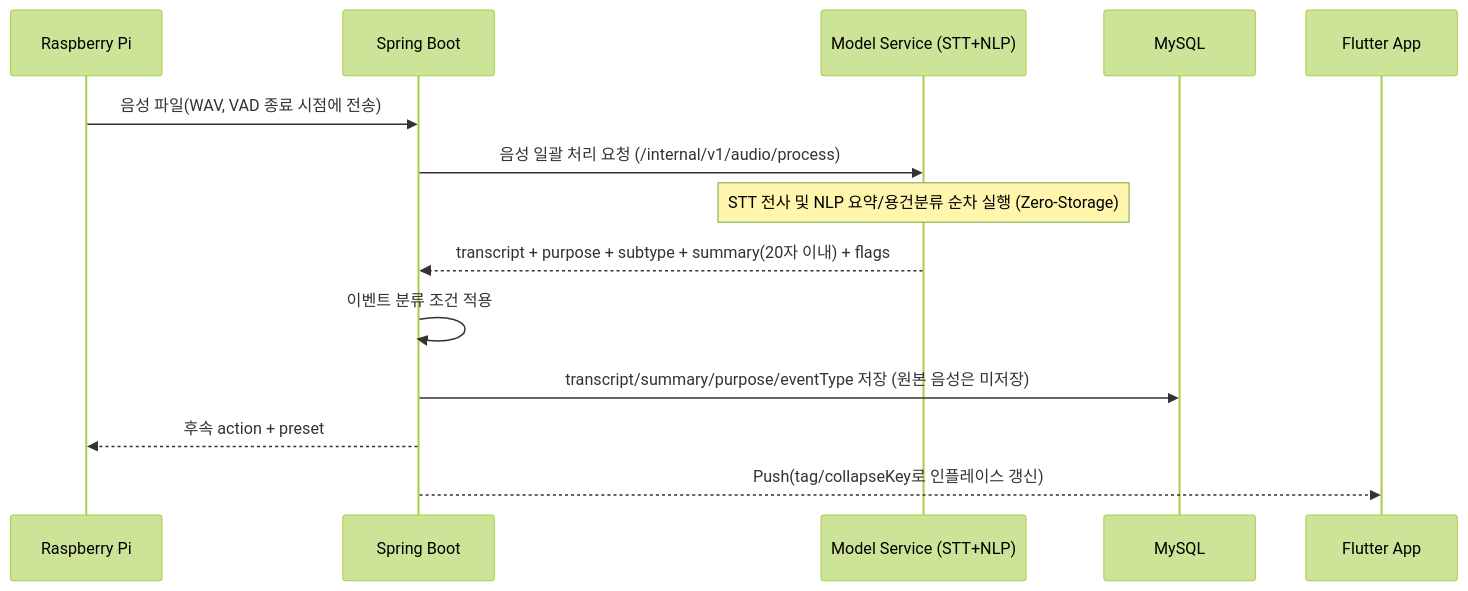
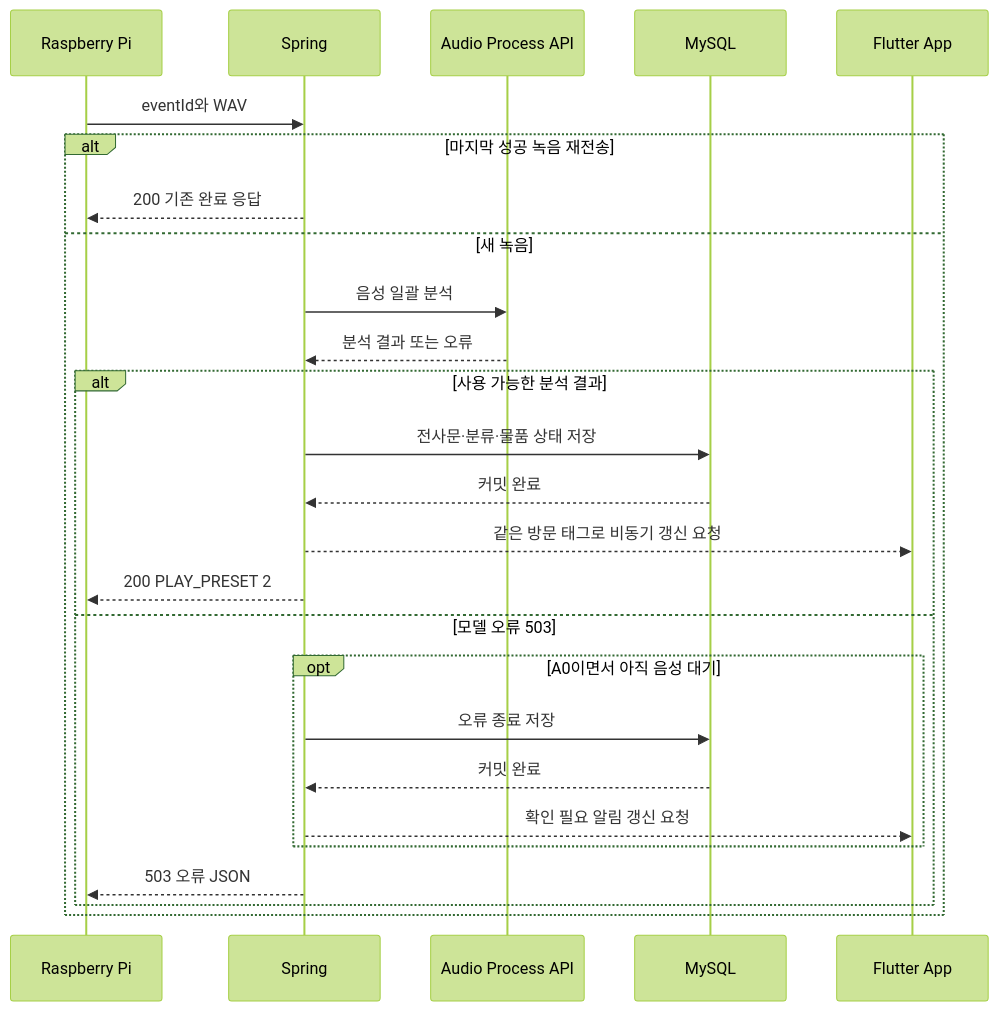
The second of 2 diagrams in API_v1_5.md (centreject/DataCat), drawn with Mermaid (forest theme) before and after one commit. The commit also changed other lines of this file and 29 other files, not shown here.

````diff
--- a/API_v1_5.md
+++ b/API_v1_5.md
@@ -1162,17 +1271,28 @@
 ```mermaid
 sequenceDiagram
     participant Pi as Raspberry Pi
-    participant Spring as Spring Boot
-    participant Model as Model Service (STT+NLP)
+    participant Spring as Spring
+    participant Model as Audio Process API
     participant DB as MySQL
     participant App as Flutter App
-
-    Pi->>Spring: 음성 파일(WAV, VAD 종료 시점에 전송)
-    Spring->>Model: 음성 일괄 처리 요청 (/internal/v1/audio/process)
-    Note over Model: STT 전사 및 NLP 요약/용건분류 순차 실행 (Zero-Storage)
-    Model-->>Spring: transcript + purpose + subtype + summary(20자 이내) + flags
-    Spring->>Spring: 이벤트 분류 조건 적용
-    Spring->>DB: transcript/summary/purpose/eventType 저장 (원본 음성은 미저장)
-    Spring-->>Pi: 후속 action + preset
-    Spring-->>App: Push(tag/collapseKey로 인플레이스 갱신)
+    Pi->>Spring: eventId와 WAV
+    alt 마지막 성공 녹음 재전송
+        Spring-->>Pi: 200 기존 완료 응답
+    else 새 녹음
+        Spring->>Model: 음성 일괄 분석
+        Model-->>Spring: 분석 결과 또는 오류
+        alt 사용 가능한 분석 결과
+            Spring->>DB: 전사문·분류·물품 상태 저장
+            DB-->>Spring: 커밋 완료
+            Spring-->>App: 같은 방문 태그로 비동기 갱신 요청
+            Spring-->>Pi: 200 PLAY_PRESET 2
+        else 모델 오류 503
+            opt A0이면서 아직 음성 대기
+                Spring->>DB: 오류 종료 저장
+                DB-->>Spring: 커밋 완료
+                Spring-->>App: 확인 필요 알림 갱신 요청
+            end
+            Spring-->>Pi: 503 오류 JSON
+        end
+    end
 ```
````
